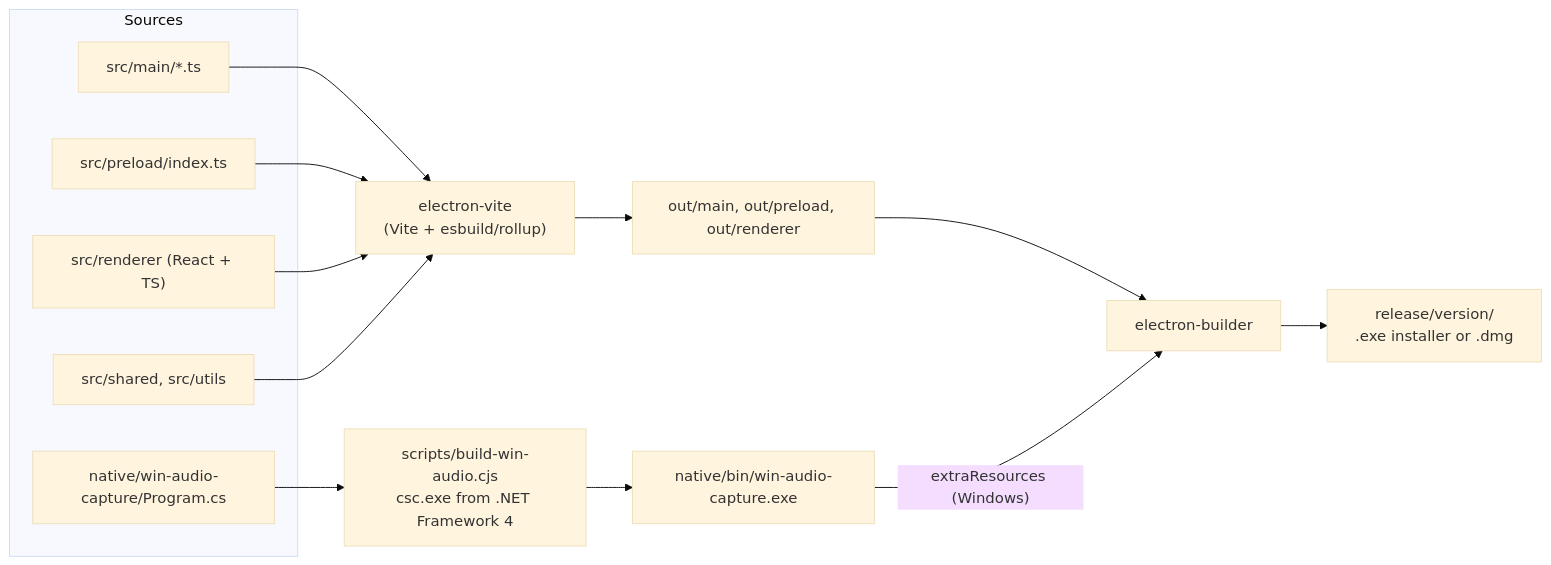
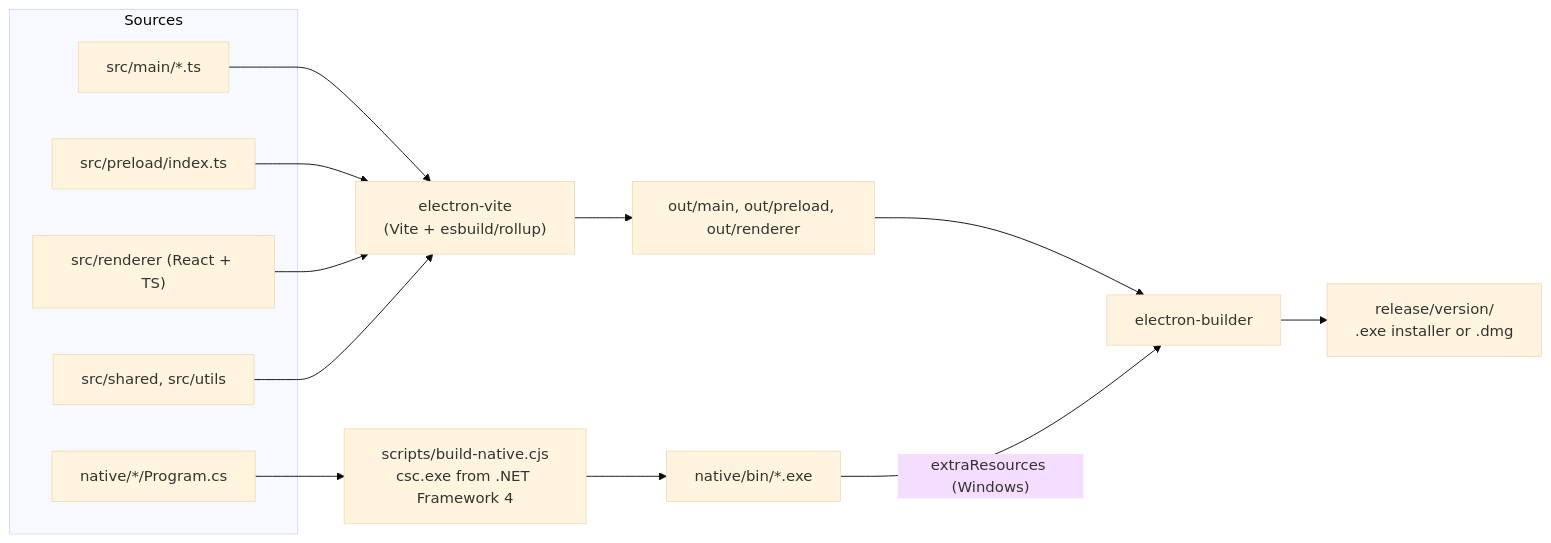
One commit to nsfxu/lan-screenshare changed the first of 2 diagrams in docs/en-US/development.md. Above: the diagram before and after it, drawn with Mermaid (base theme). The commit also changed other lines of this file and 14 other files, not shown here.

First line of the commit message:
Document games that hide the cursor and the native build script

````diff
--- a/docs/en-US/development.md
+++ b/docs/en-US/development.md
@@ -81,25 +81,25 @@
 ```mermaid
 flowchart LR
   subgraph Sources
     M["src/main/*.ts"]
     P["src/preload/index.ts"]
     R["src/renderer (React + TS)"]
     S["src/shared, src/utils"]
-    C["native/win-audio-capture/Program.cs"]
+    C["native/*/Program.cs"]
   end
   EV["electron-vite<br/>(Vite + esbuild/rollup)"]
-  CSC["scripts/build-win-audio.cjs<br/>csc.exe from .NET Framework 4"]
+  CSC["scripts/build-native.cjs<br/>csc.exe from .NET Framework 4"]
   OUT["out/main, out/preload, out/renderer"]
-  EXE["native/bin/win-audio-capture.exe"]
+  EXE["native/bin/*.exe"]
   EB["electron-builder"]
   REL["release/version/<br/>.exe installer or .dmg"]
   M --> EV
   P --> EV
   R --> EV
   S --> EV
   EV --> OUT
   C --> CSC --> EXE
   OUT --> EB
   EXE -->|"extraResources (Windows)"| EB
   EB --> REL
 ```
````
